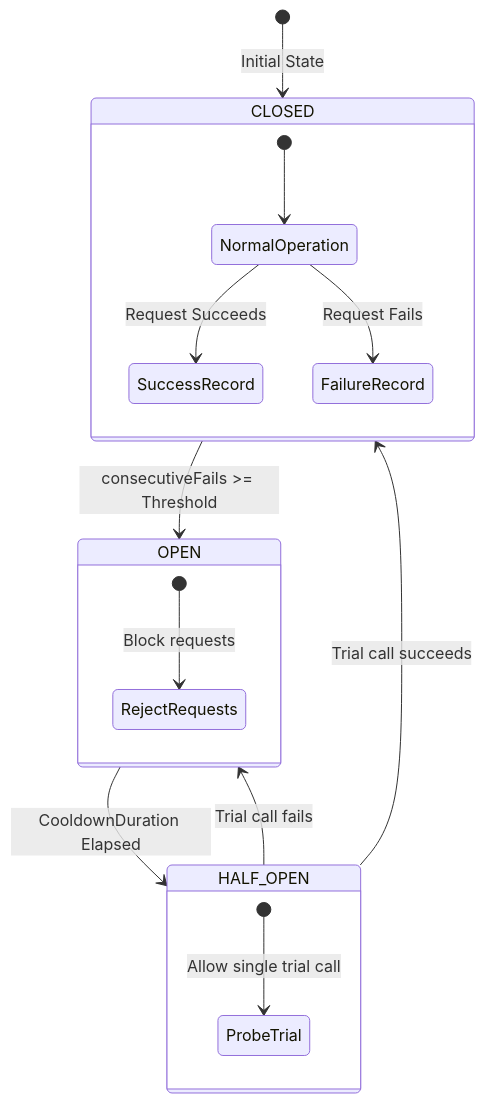
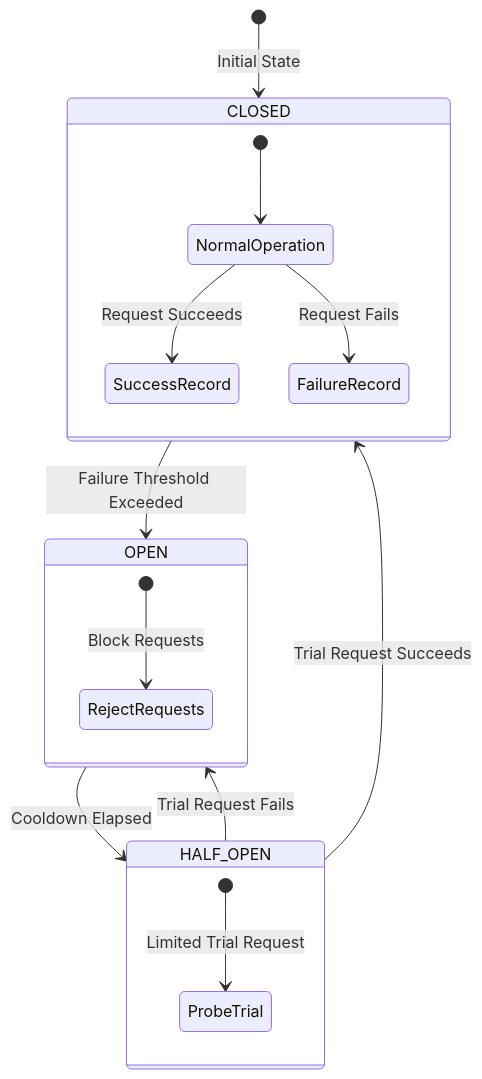
The fifth of 6 diagrams in packages/configs/llm-obs-infra/docs/architectureDoc/adr-0009-service-registry-and-discovery.md (Chief-Strategist-J/llm-observability-platform), drawn with Mermaid before and after one commit. The commit also changed other lines of this file, not shown here.

Commit message:
fix(docs): refactor Mermaid diagrams in ADR-0009 to eliminate subgraph cycle rendering errors

````diff
--- a/packages/configs/llm-obs-infra/docs/architectureDoc/adr-0009-service-registry-and-discovery.md
+++ b/packages/configs/llm-obs-infra/docs/architectureDoc/adr-0009-service-registry-and-discovery.md
@@ -398,25 +390,25 @@
 ```mermaid
 stateDiagram-v2
     [*] --> CLOSED : Initial State
 
     state CLOSED {
         [*] --> NormalOperation
         NormalOperation --> SuccessRecord : Request Succeeds
         NormalOperation --> FailureRecord : Request Fails
     }
 
-    CLOSED --> OPEN : consecutiveFails >= Threshold
+    CLOSED --> OPEN : Failure Threshold Exceeded
 
     state OPEN {
-        [*] --> RejectRequests : Block requests
+        [*] --> RejectRequests : Block Requests
     }
 
-    OPEN --> HALF_OPEN : CooldownDuration Elapsed
+    OPEN --> HALF_OPEN : Cooldown Elapsed
 
     state HALF_OPEN {
-        [*] --> ProbeTrial : Allow single trial call
+        [*] --> ProbeTrial : Limited Trial Request
     }
 
-    HALF_OPEN --> CLOSED : Trial call succeeds
-    HALF_OPEN --> OPEN : Trial call fails
+    HALF_OPEN --> CLOSED : Trial Request Succeeds
+    HALF_OPEN --> OPEN : Trial Request Fails
 ```
````
